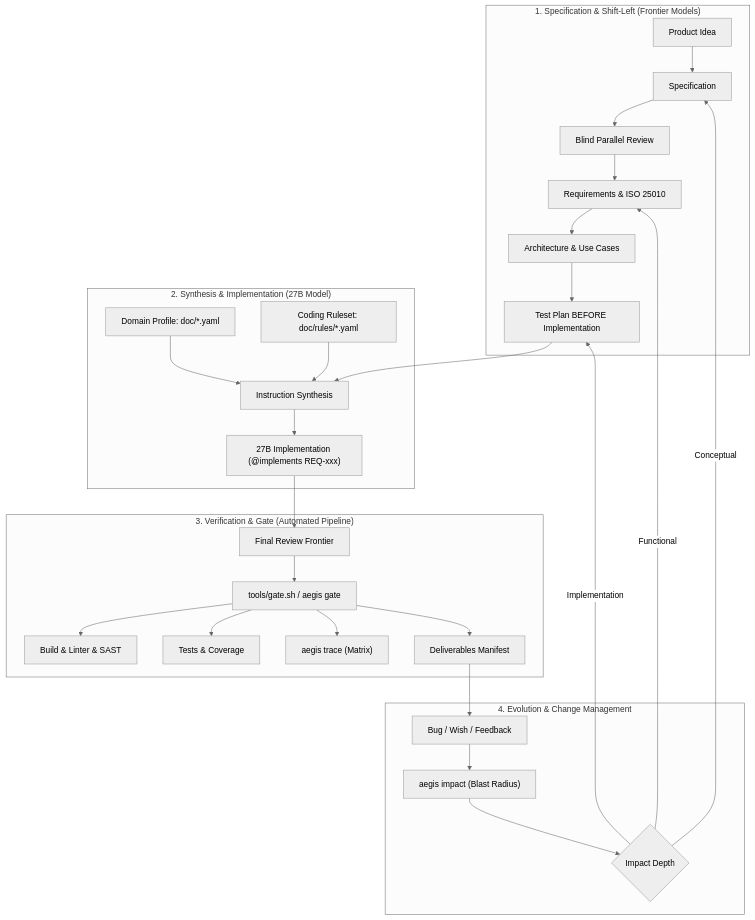
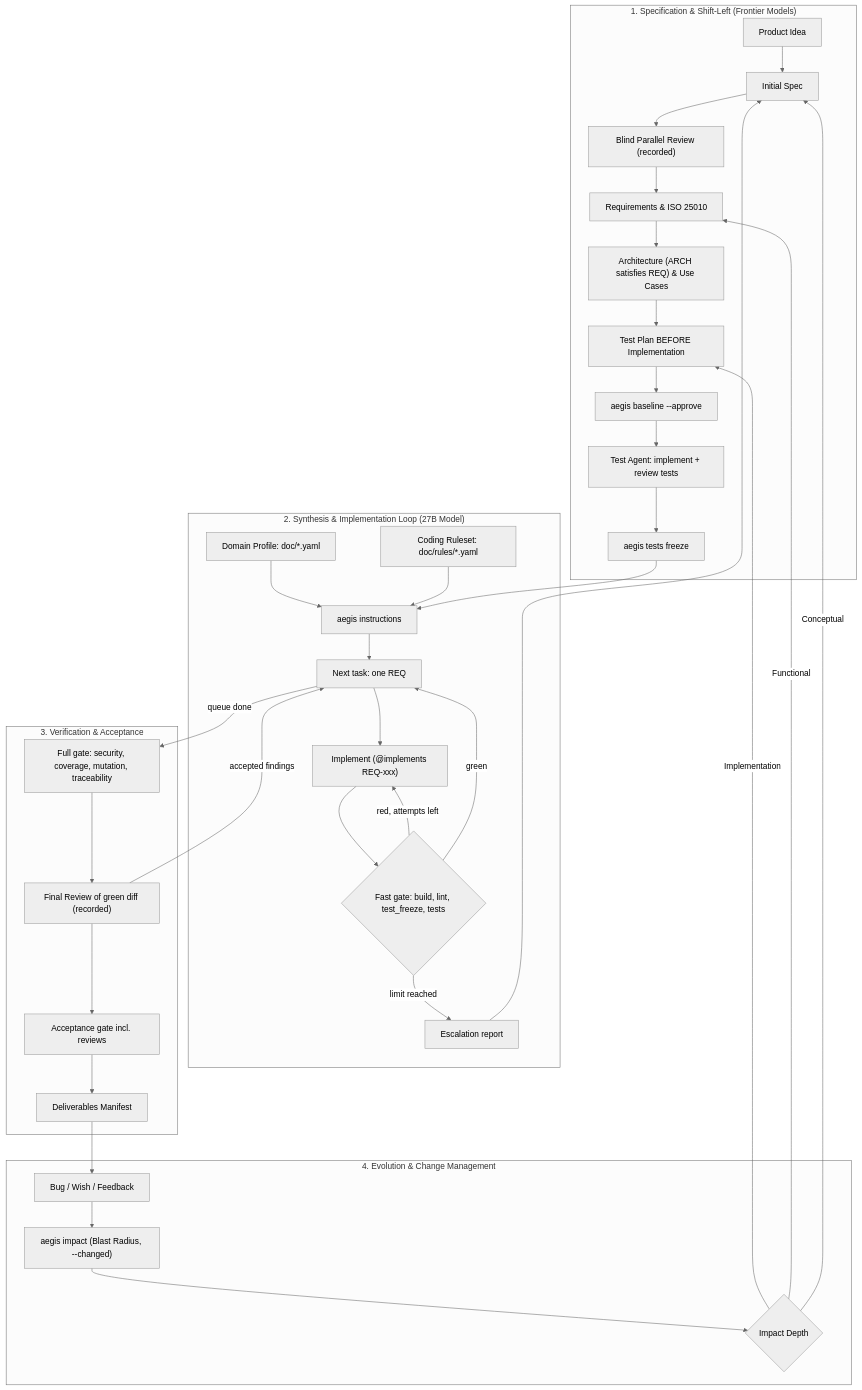
Before and after one commit to schwitters/aegis: the diagram in doc/process-evaluation.md, drawn with Mermaid (neutral theme). The commit also changed other lines of this file and 29 other files, not shown here.

````diff
--- a/doc/process-evaluation.md
+++ b/doc/process-evaluation.md
@@ -19,36 +19,44 @@
 ```mermaid
 flowchart TD
     subgraph P1 ["1. Specification & Shift-Left (Frontier Models)"]
-        Idea["Product Idea"] --> Spec["Specification"]
-        Spec --> Rev1["Blind Parallel Review"]
+        Idea["Product Idea"] --> Spec["Initial Spec"]
+        Spec --> Rev1["Blind Parallel Review (recorded)"]
         Rev1 --> Req["Requirements & ISO 25010"]
-        Req --> Arch["Architecture & Use Cases"]
+        Req --> Arch["Architecture (ARCH satisfies REQ) & Use Cases"]
         Arch --> TP["Test Plan BEFORE Implementation"]
+        TP --> Base["aegis baseline --approve"]
+        Base --> TI["Test Agent: implement + review tests"]
+        TI --> Freeze["aegis tests freeze"]
     end
 
-    subgraph P2 ["2. Synthesis & Implementation (27B Model)"]
-        Prof["Domain Profile: doc/*.yaml"] --> Comp["Instruction Synthesis"]
+    subgraph P2 ["2. Synthesis & Implementation Loop (27B Model)"]
+        Prof["Domain Profile: doc/*.yaml"] --> Comp["aegis instructions"]
         Rules["Coding Ruleset: doc/rules/*.yaml"] --> Comp
-        TP --> Comp
-        Comp --> Code["27B Implementation (@implements REQ-xxx)"]
+        Freeze --> Comp
+        Comp --> Task["Next task: one REQ"]
+        Task --> Code["Implement (@implements REQ-xxx)"]
+        Code --> Fast{"Fast gate: build, lint, test_freeze, tests"}
+        Fast -->|red, attempts left| Code
+        Fast -->|green| Task
+        Fast -->|limit reached| Esc["Escalation report"]
+        Esc --> Spec
     end
 
-    subgraph P3 ["3. Verification & Gate (Automated Pipeline)"]
-        Code --> Rev2["Final Review Frontier"]
-        Rev2 --> Gate["tools/gate.sh / aegis gate"]
-        Gate --> Build["Build & Linter & SAST"]
-        Gate --> Test["Tests & Coverage"]
-        Gate --> Trace["aegis trace (Matrix)"]
-        Gate --> Deliv["Deliverables Manifest"]
+    subgraph P3 ["3. Verification & Acceptance"]
+        Task -->|queue done| Gate["Full gate: security, coverage, mutation, traceability"]
+        Gate --> Rev2["Final Review of green diff (recorded)"]
+        Rev2 -->|accepted findings| Task
+        Rev2 --> Acc["Acceptance gate incl. reviews"]
+        Acc --> Deliv["Deliverables Manifest"]
     end
 
     subgraph P4 ["4. Evolution & Change Management"]
-        Feedback["Bug / Wish / Feedback"] --> Impact["aegis impact (Blast Radius)"]
+        Feedback["Bug / Wish / Feedback"] --> Impact["aegis impact (Blast Radius, --changed)"]
         Impact --> Depth{"Impact Depth"}
         Depth -->|Implementation| TP
         Depth -->|Functional| Req
         Depth -->|Conceptual| Spec
     end
 
     Deliv --> Feedback
 ```
````
